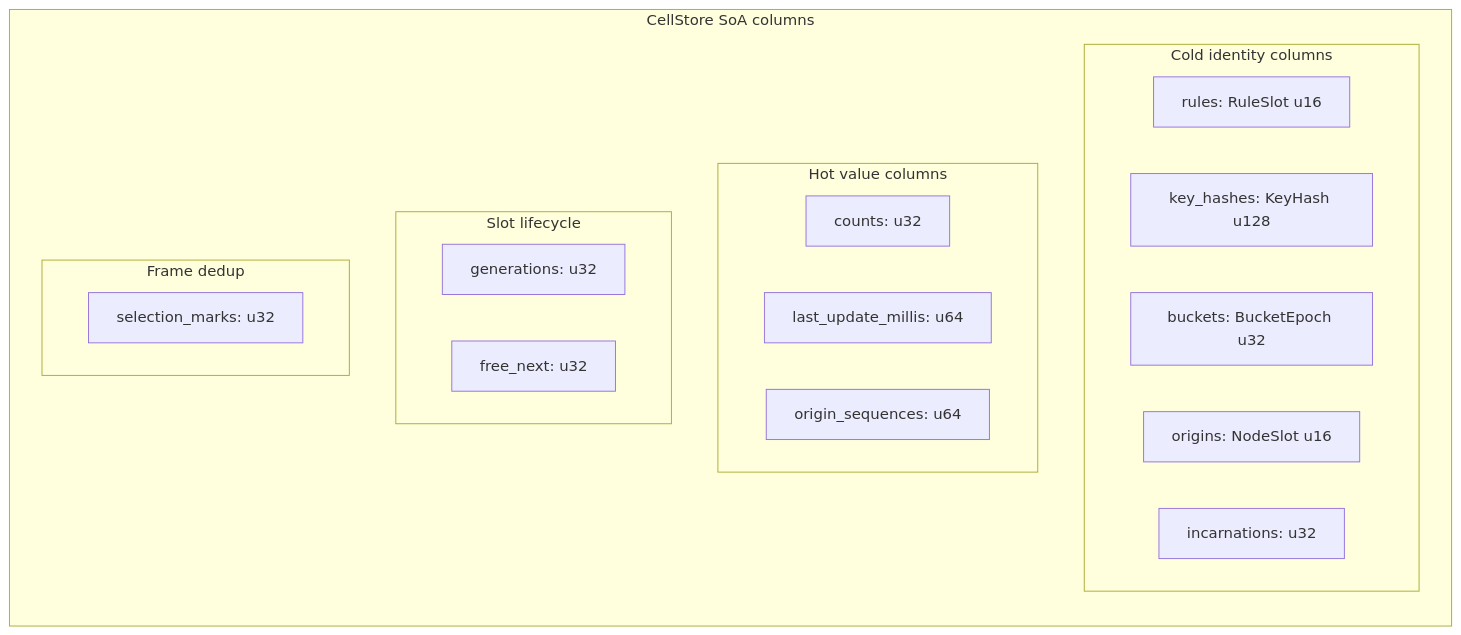
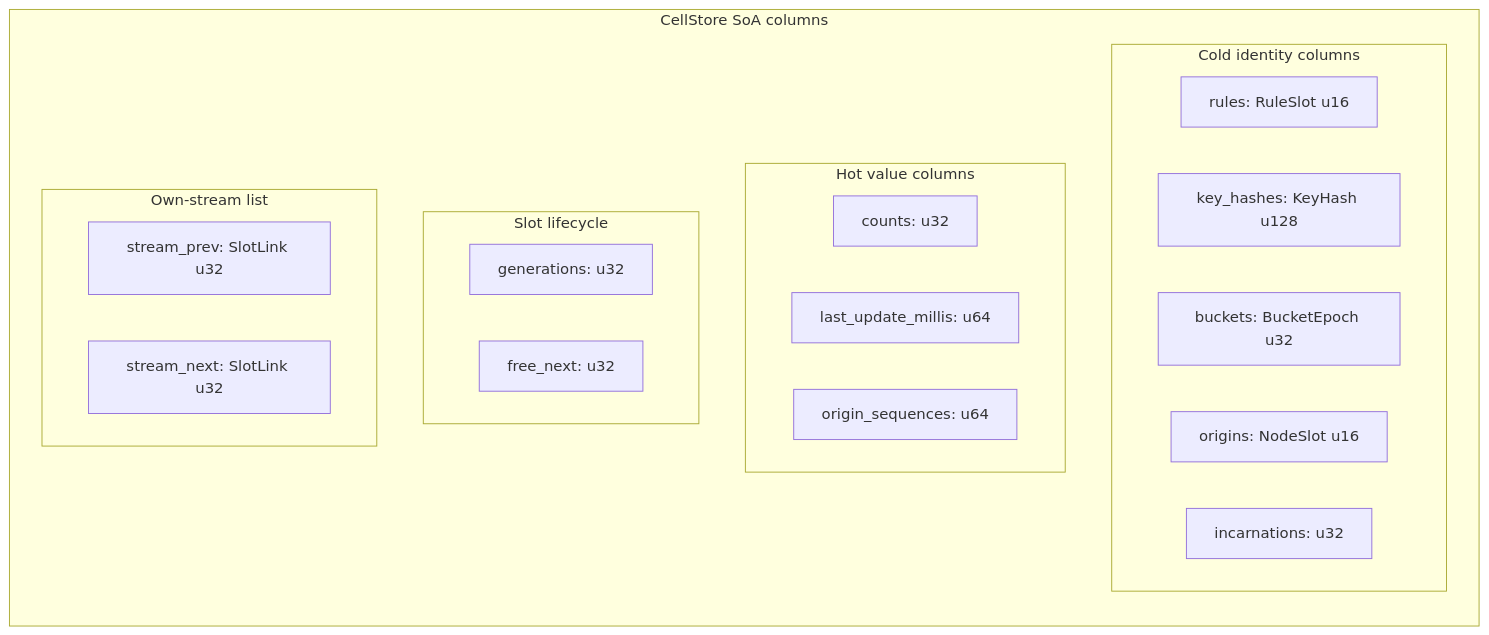
The tenth of 14 diagrams in crates/gabion/CRDT.md (prosody-events/gabion), drawn with Mermaid before and after one commit. The commit also changed other lines of this file and 81 other files, not shown here.

````diff
--- a/crates/gabion/CRDT.md
+++ b/crates/gabion/CRDT.md
@@ -633,25 +506,26 @@
 ```mermaid
 flowchart LR
   subgraph CellStore[CellStore SoA columns]
     direction TB
     subgraph cold[Cold identity columns]
       R[rules: RuleSlot u16]
       K[key_hashes: KeyHash u128]
       B[buckets: BucketEpoch u32]
       O[origins: NodeSlot u16]
       I[incarnations: u32]
     end
     subgraph hot[Hot value columns]
       C[counts: u32]
       L[last_update_millis: u64]
       Q[origin_sequences: u64]
     end
     subgraph life[Slot lifecycle]
       G[generations: u32]
       F[free_next: u32]
     end
-    subgraph dedup[Frame dedup]
-      M[selection_marks: u32]
+    subgraph stream[Own-stream list]
+      P[stream_prev: SlotLink u32]
+      N[stream_next: SlotLink u32]
     end
   end
 ```
````
